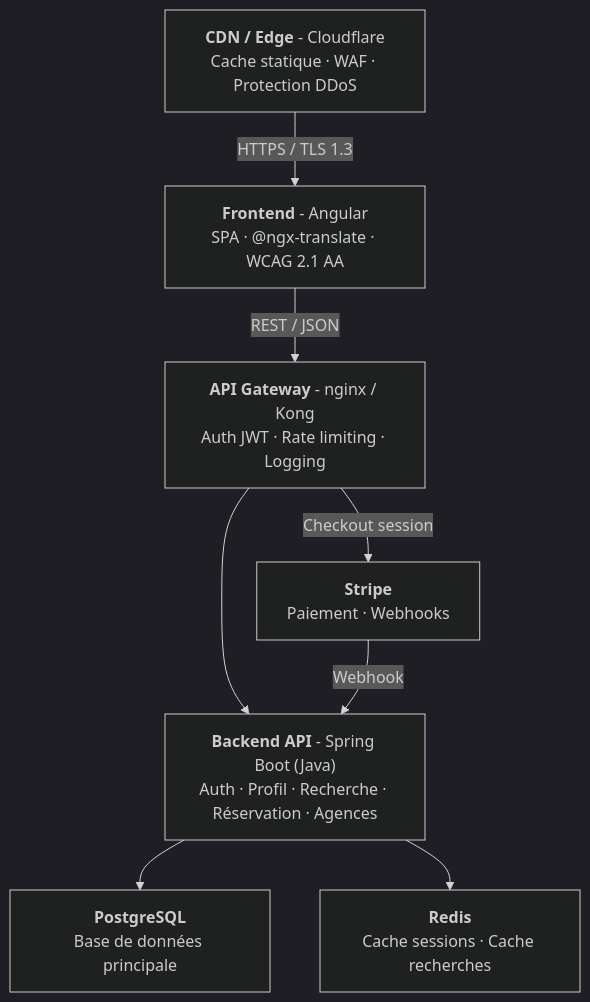
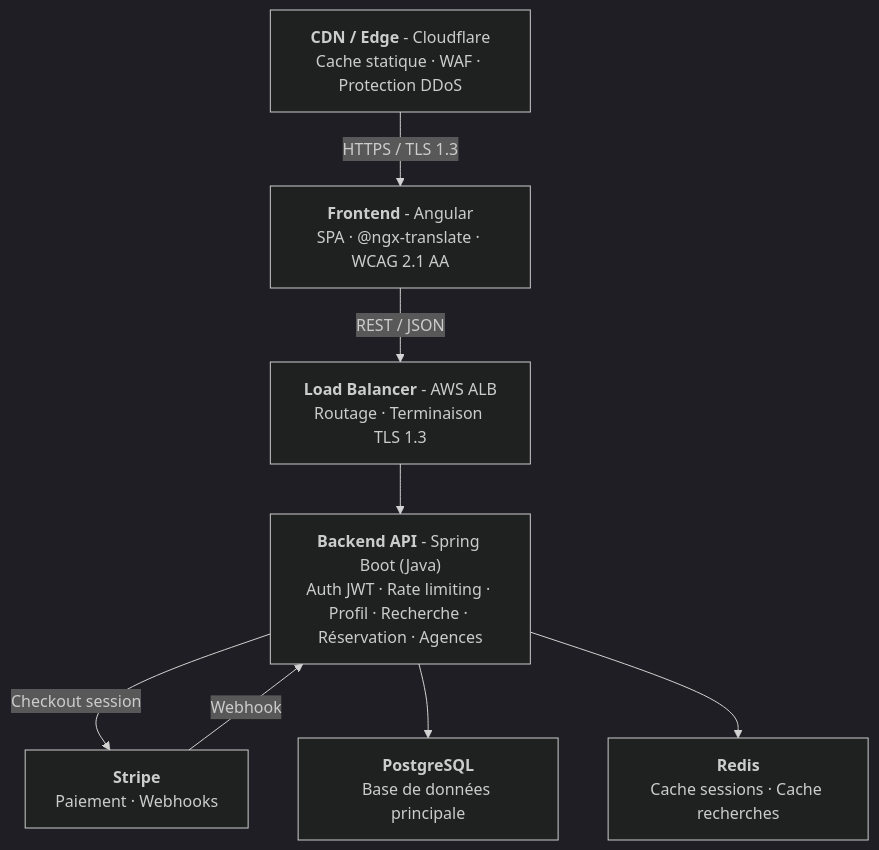
The first of 10 diagrams in docs/architecture.md (anthony-openclassroom/p10-yourcaryourway), drawn with Mermaid (dark theme) before and after one commit. The commit also changed other lines of this file, not shown here.

````diff
--- a/docs/architecture.md
+++ b/docs/architecture.md
@@ -114,18 +114,18 @@
 ```mermaid
 flowchart TD
     CDN["<b>CDN / Edge</b> - Cloudflare\nCache statique · WAF · Protection DDoS"]
     FE["<b>Frontend</b> - Angular\nSPA · @ngx-translate · WCAG 2.1 AA"]
-    GW["<b>API Gateway</b> - nginx / Kong\nAuth JWT · Rate limiting · Logging"]
-    BE["<b>Backend API</b> - Spring Boot (Java)\nAuth · Profil · Recherche · Réservation · Agences"]
+    ALB["<b>Load Balancer</b> - AWS ALB\nRoutage · Terminaison TLS 1.3"]
+    BE["<b>Backend API</b> - Spring Boot (Java)\nAuth JWT · Rate limiting · Profil · Recherche · Réservation · Agences"]
     STRIPE["<b>Stripe</b>\nPaiement · Webhooks"]
     DB["<b>PostgreSQL</b>\nBase de données principale"]
     REDIS["<b>Redis</b>\nCache sessions · Cache recherches"]
 
     CDN -->|"HTTPS / TLS 1.3"| FE
-    FE -->|"REST / JSON"| GW
-    GW --> BE
-    GW -->|"Checkout session"| STRIPE
+    FE -->|"REST / JSON"| ALB
+    ALB --> BE
+    BE -->|"Checkout session"| STRIPE
     STRIPE -->|"Webhook"| BE
     BE --> DB
     BE --> REDIS
 ```
````
